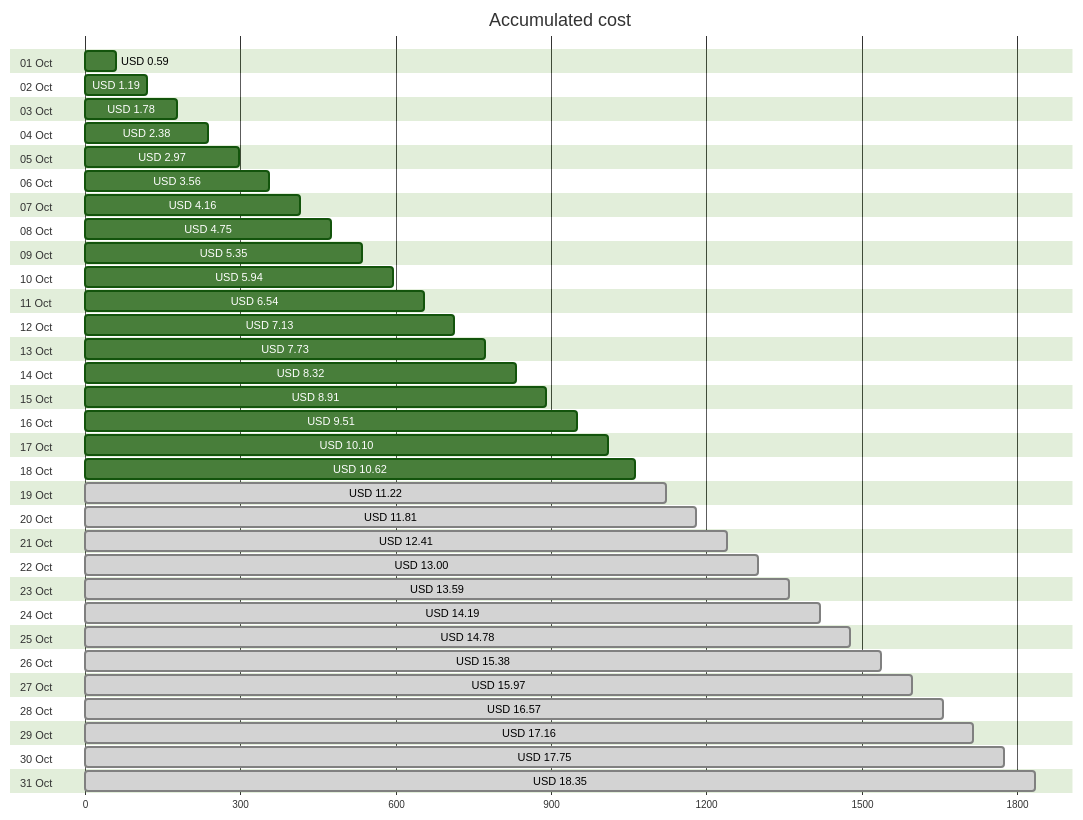
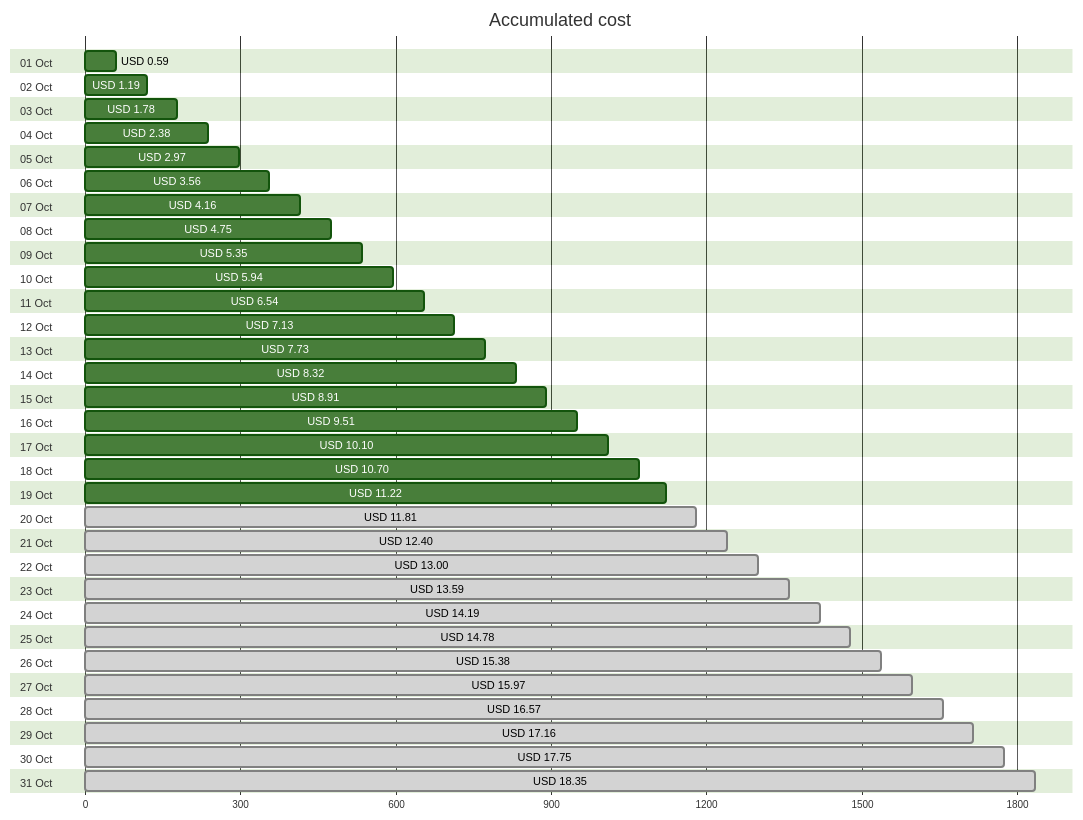
One commit to jpfulton/azure-personal-reports changed the first of 4 diagrams in cost-reports/personal-site/README.md. Above: the diagram before and after it, drawn with Mermaid (forest theme). The commit also changed other lines of this file and 7 other files, not shown here.

````diff
--- a/cost-reports/personal-site/README.md
+++ b/cost-reports/personal-site/README.md
@@ -20,68 +20,68 @@
 ```mermaid
 gantt
    title Accumulated cost
    dateFormat  X
    axisFormat %s
    section 01 Oct
    USD 0.59 :0, 59
    section 02 Oct
    USD 1.19 :0, 119
    section 03 Oct
    USD 1.78 :0, 178
    section 04 Oct
    USD 2.38 :0, 238
    section 05 Oct
    USD 2.97 :0, 297
    section 06 Oct
    USD 3.56 :0, 356
    section 07 Oct
    USD 4.16 :0, 416
    section 08 Oct
    USD 4.75 :0, 475
    section 09 Oct
    USD 5.35 :0, 535
    section 10 Oct
    USD 5.94 :0, 594
    section 11 Oct
    USD 6.54 :0, 654
    section 12 Oct
    USD 7.13 :0, 713
    section 13 Oct
    USD 7.73 :0, 773
    section 14 Oct
    USD 8.32 :0, 832
    section 15 Oct
    USD 8.91 :0, 891
    section 16 Oct
    USD 9.51 :0, 951
    section 17 Oct
    USD 10.10 :0, 1010
    section 18 Oct
-   USD 10.62 :0, 1062
+   USD 10.70 :0, 1070
    section 19 Oct
-   USD 11.22 : done, 0, 1122
+   USD 11.22 :0, 1122
    section 20 Oct
    USD 11.81 : done, 0, 1181
    section 21 Oct
-   USD 12.41 : done, 0, 1241
+   USD 12.40 : done, 0, 1240
    section 22 Oct
    USD 13.00 : done, 0, 1300
    section 23 Oct
    USD 13.59 : done, 0, 1359
    section 24 Oct
    USD 14.19 : done, 0, 1419
    section 25 Oct
    USD 14.78 : done, 0, 1478
    section 26 Oct
    USD 15.38 : done, 0, 1538
    section 27 Oct
    USD 15.97 : done, 0, 1597
    section 28 Oct
    USD 16.57 : done, 0, 1657
    section 29 Oct
    USD 17.16 : done, 0, 1716
    section 30 Oct
    USD 17.75 : done, 0, 1775
    section 31 Oct
    USD 18.35 : done, 0, 1835
 ```
````
